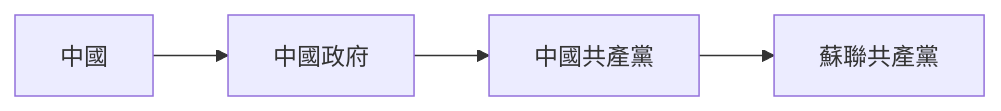
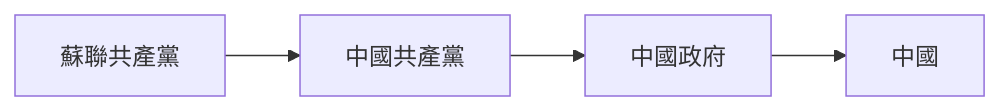
Before and after one commit to maidaoren/obj: the diagram in word/日常積纍.md, drawn with Mermaid. The commit also changed other lines of this file, not shown here.

````diff
--- a/word/日常積纍.md
+++ b/word/日常積纍.md
@@ -1,5 +1,5 @@
 ```mermaid
 graph LR
-A[中國] -->B[中國政府] -->C[中國共產黨] -->D[蘇聯共產黨]
+A[蘇聯共產黨] -->B[中國共產黨] -->C[中國政府] -->D[中國]
 
 ```
````
